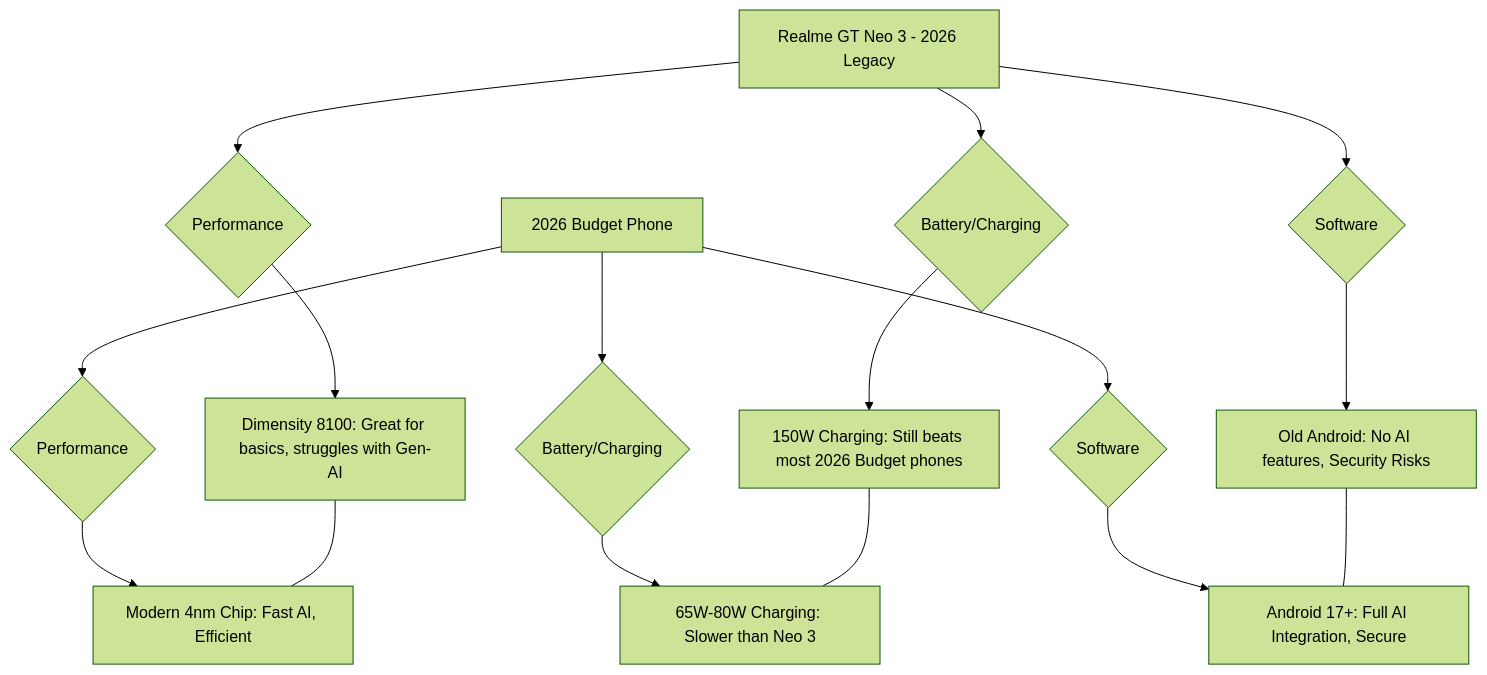
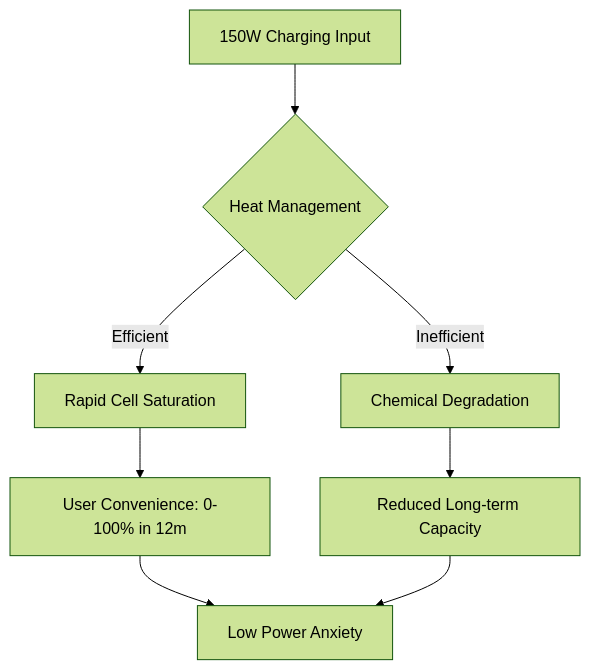
Before and after one commit to Thirupathi-pirate/ivy: the diagram in blog-source/_posts/2026-06-26-gt-neo-3-phone.md, drawn with Mermaid (forest theme). The commit also changed other lines of this file, not shown here.

````diff
--- a/blog-source/_posts/2026-06-26-gt-neo-3-phone.md
+++ b/blog-source/_posts/2026-06-26-gt-neo-3-phone.md
@@ -105,22 +59,10 @@
 ```mermaid
 graph TD
-    A[Realme GT Neo 3 - 2026 Legacy] --> B{Performance}
-    A --> C{Battery/Charging}
-    A --> D{Software}
-    
-    B --> B1[Dimensity 8100: Great for basics, struggles with Gen-AI]
-    C --> C1[150W Charging: Still beats most 2026 Budget phones]
-    D --> D1[Old Android: No AI features, Security Risks]
-    
-    E[2026 Budget Phone] --> F{Performance}
-    E --> G{Battery/Charging}
-    E --> H{Software}
-    
-    F --> F1[Modern 4nm Chip: Fast AI, Efficient]
-    G --> G1[65W-80W Charging: Slower than Neo 3]
-    H --> H1[Android 17+: Full AI Integration, Secure]
-    
-    B1 --- F1
-    C1 --- G1
-    D1 --- H1
+    A[150W Charging Input] --> B{Heat Management}
+    B -->|Efficient| C[Rapid Cell Saturation]
+    B -->|Inefficient| D[Chemical Degradation]
+    C --> E[User Convenience: 0-100% in 12m]
+    D --> F[Reduced Long-term Capacity]
+    E --> G[Low Power Anxiety]
+    F --> G
 ```
````
